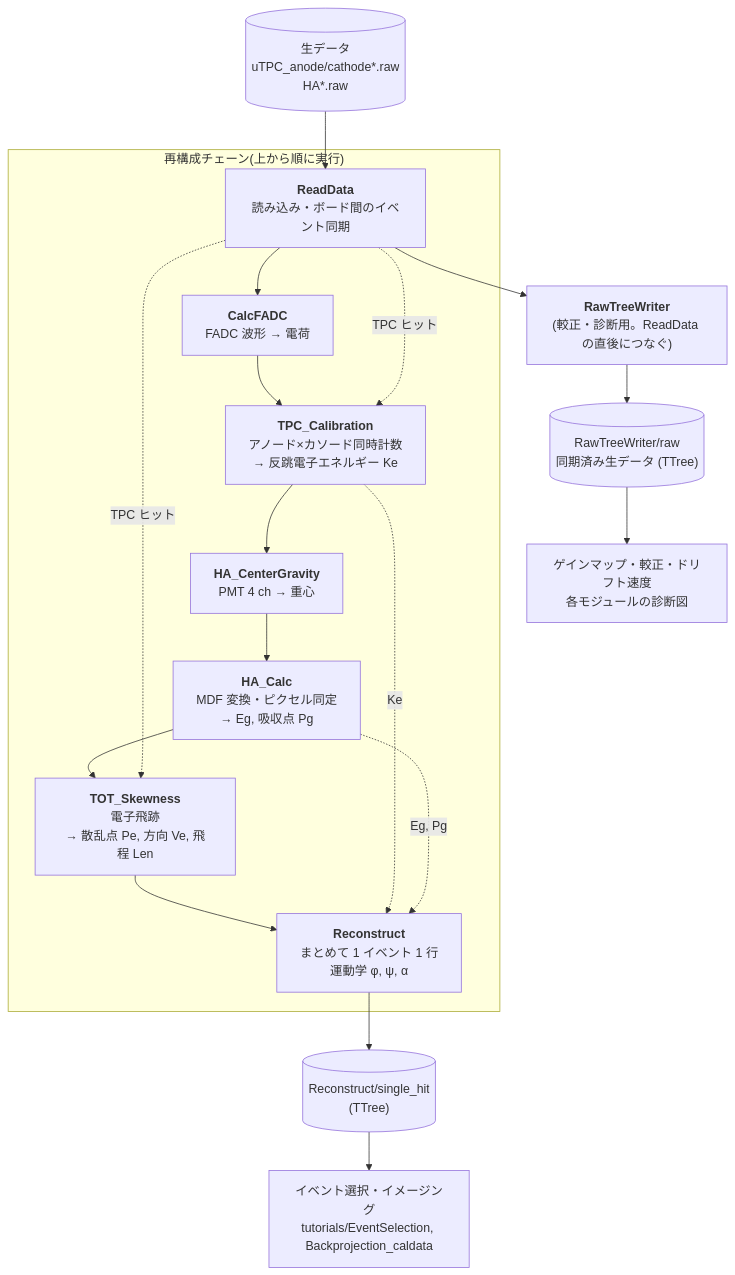
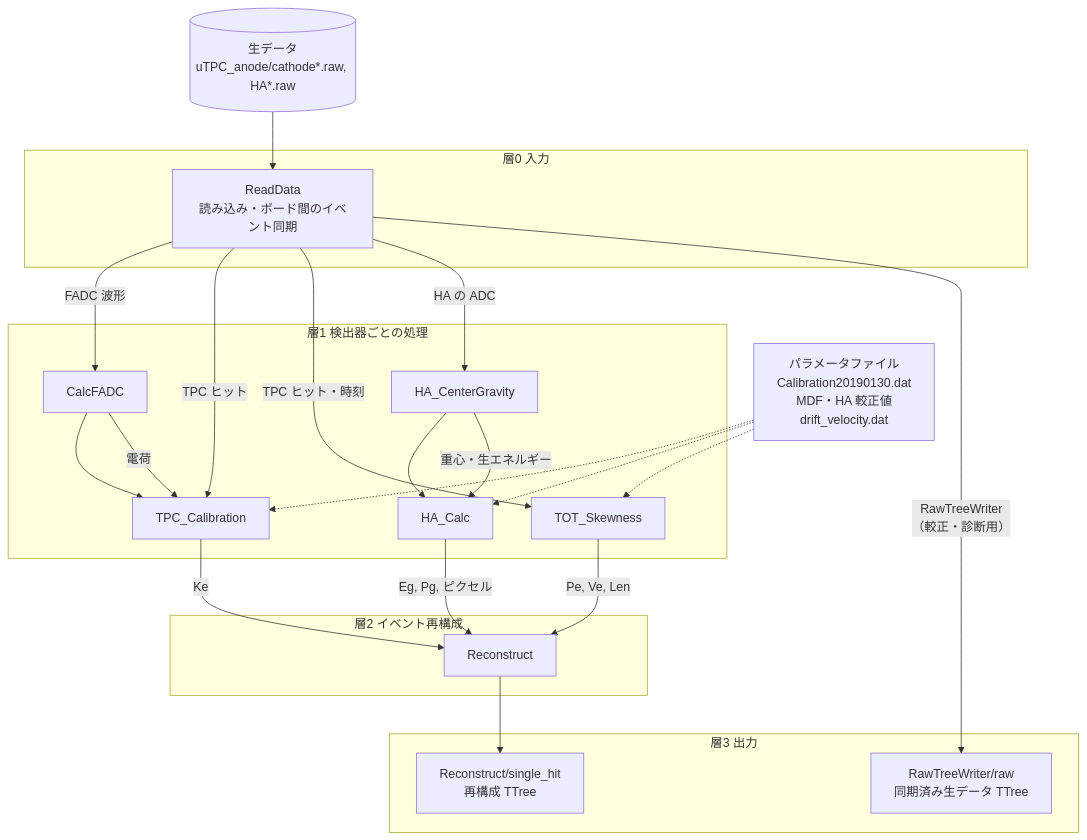
One commit to SMILE-tool-box/EricaNext_try changed the diagram in README.md. Above: the diagram before and after it, drawn with Mermaid. The commit also changed other lines of this file, not shown here.

Commit message:
README: layered chain diagram

````diff
--- a/README.md
+++ b/README.md
@@ -15,29 +15,36 @@
 ```mermaid
-flowchart TB
-    raw[("生データ<br/>uTPC_anode/cathode*.raw<br/>HA*.raw")]
+flowchart TD
+  RAW[("生データ<br>uTPC_anode/cathode*.raw, HA*.raw")]
+  subgraph L0["層0 入力"]
+    RD["ReadData<br>読み込み・ボード間のイベント同期"]
+  end
+  subgraph L1["層1 検出器ごとの処理"]
+    CF[CalcFADC] --> TC[TPC_Calibration]
+    TOT[TOT_Skewness]
+    HG[HA_CenterGravity] --> HC[HA_Calc]
+  end
+  subgraph L2["層2 イベント再構成"]
+    REC[Reconstruct]
+  end
+  subgraph L3["層3 出力"]
+    OUT["Reconstruct/single_hit<br>再構成 TTree"]
+    RAWT["RawTreeWriter/raw<br>同期済み生データ TTree"]
+  end
+  PRM["パラメータファイル<br>Calibration20190130.dat<br>MDF・HA 較正値<br>drift_velocity.dat"]
 
-    subgraph chain["再構成チェーン(上から順に実行)"]
-        RD["<b>ReadData</b><br/>読み込み・ボード間のイベント同期"]
-        FADC["<b>CalcFADC</b><br/>FADC 波形 → 電荷"]
-        TPCC["<b>TPC_Calibration</b><br/>アノード×カソード同時計数<br/>→ 反跳電子エネルギー Ke"]
-        HACG["<b>HA_CenterGravity</b><br/>PMT 4 ch → 重心"]
-        HAC["<b>HA_Calc</b><br/>MDF 変換・ピクセル同定<br/>→ Eg, 吸収点 Pg"]
-        TOT["<b>TOT_Skewness</b><br/>電子飛跡<br/>→ 散乱点 Pe, 方向 Ve, 飛程 Len"]
-        REC["<b>Reconstruct</b><br/>まとめて 1 イベント 1 行<br/>運動学 φ, ψ, α"]
-        RD --> FADC --> TPCC --> HACG --> HAC --> TOT --> REC
-    end
-
-    RTW["<b>RawTreeWriter</b><br/>(較正・診断用。ReadData の直後につなぐ)"]
-
-    raw --> RD
-    RD -. "TPC ヒット" .-> TPCC
-    RD -. "TPC ヒット" .-> TOT
-    RD --> RTW
-    TPCC -. "Ke" .-> REC
-    HAC -. "Eg, Pg" .-> REC
-
-    REC --> out1[("Reconstruct/single_hit<br/>(TTree)")]
-    RTW --> out2[("RawTreeWriter/raw<br/>同期済み生データ (TTree)")]
-    out1 --> ana["イベント選択・イメージング<br/>tutorials/EventSelection, Backprojection_caldata"]
-    out2 --> cal["ゲインマップ・較正・ドリフト速度<br/>各モジュールの診断図"]
+  RAW --> RD
+  PRM -.-> TC
+  PRM -.-> HC
+  PRM -.-> TOT
+  RD -- "FADC 波形" --> CF
+  RD -- "TPC ヒット" --> TC
+  RD -- "TPC ヒット・時刻" --> TOT
+  RD -- "HA の ADC" --> HG
+  CF -- "電荷" --> TC
+  HG -- "重心・生エネルギー" --> HC
+  TC -- "Ke" --> REC
+  HC -- "Eg, Pg, ピクセル" --> REC
+  TOT -- "Pe, Ve, Len" --> REC
+  REC --> OUT
+  RD -- "RawTreeWriter<br>（較正・診断用）" --> RAWT
 ```
````
